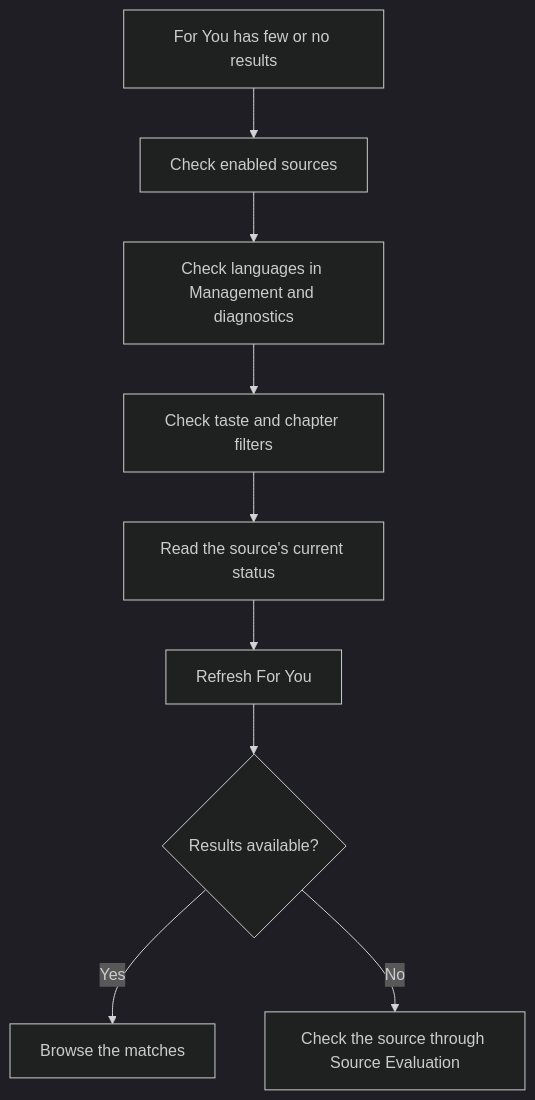
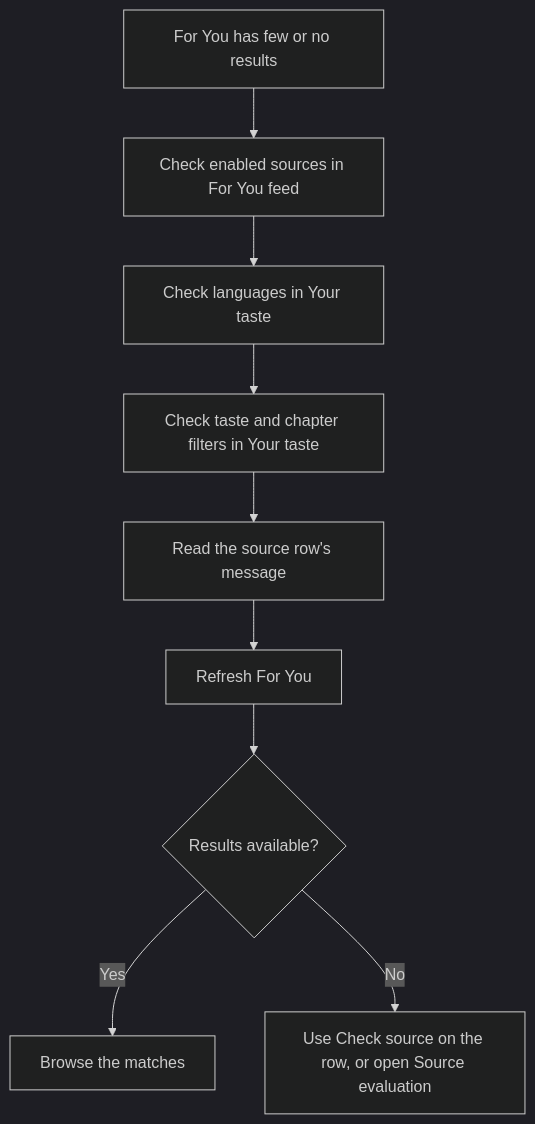
Before and after one commit to FancyCorey/komikku-fc: the second of 5 diagrams in docs/kmk/feature-guides/troubleshooting.md, drawn with Mermaid (dark theme). The commit also changed other lines of this file and 22 other files, not shown here.

````diff
--- a/docs/kmk/feature-guides/troubleshooting.md
+++ b/docs/kmk/feature-guides/troubleshooting.md
@@ -30,11 +30,11 @@
 ```mermaid
 flowchart TD
-    Empty["For You has few or no results"] --> Enabled["Check enabled sources"]
-    Enabled --> Languages["Check languages in Management and diagnostics"]
-    Languages --> Filters["Check taste and chapter filters"]
-    Filters --> Status["Read the source's current status"]
+    Empty["For You has few or no results"] --> Enabled["Check enabled sources in For You feed"]
+    Enabled --> Languages["Check languages in Your taste"]
+    Languages --> Filters["Check taste and chapter filters in Your taste"]
+    Filters --> Status["Read the source row's message"]
     Status --> Refresh["Refresh For You"]
     Refresh --> Result{"Results available?"}
     Result -->|Yes| Read["Browse the matches"]
-    Result -->|No| Evaluate["Check the source through Source Evaluation"]
+    Result -->|No| Evaluate["Use Check source on the row, or open Source evaluation"]
 ```
````
